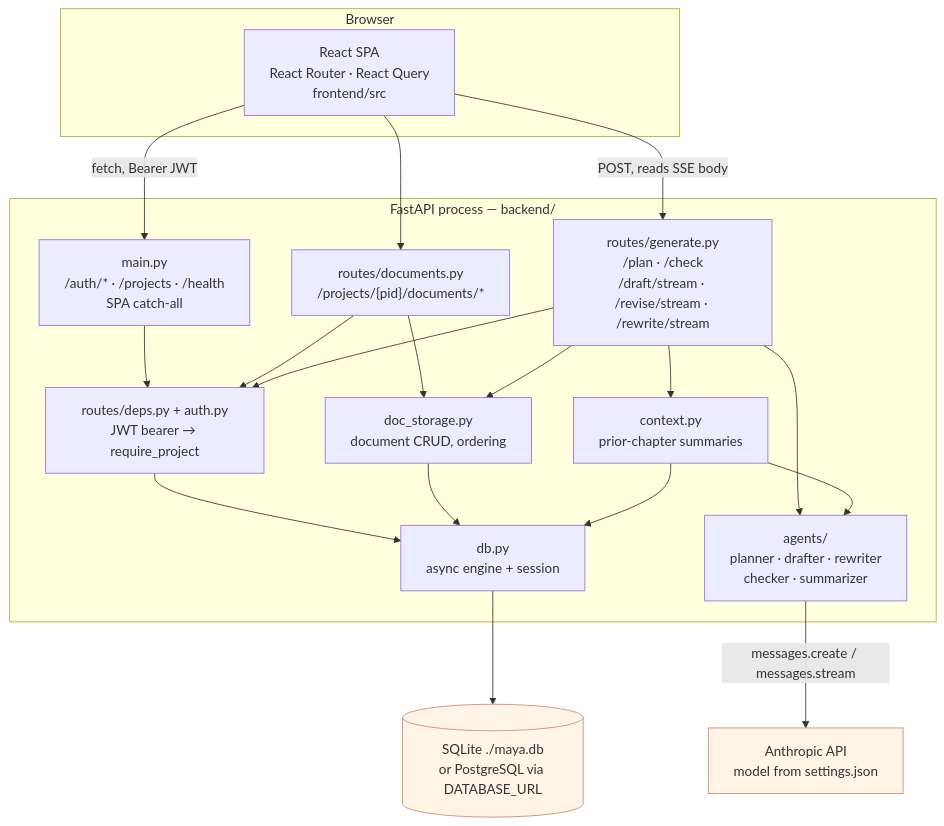
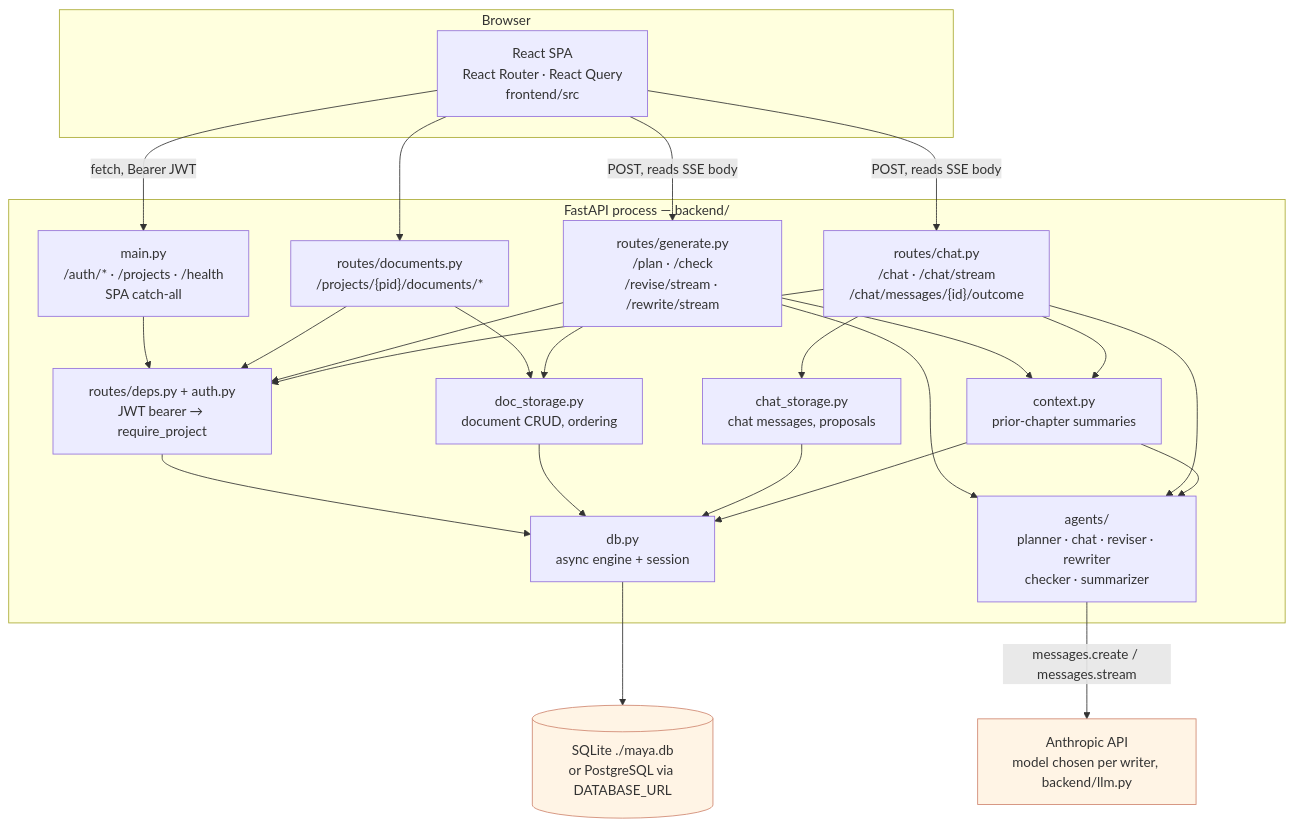
The first of 2 diagrams in docs/diagrams/01-system-overview.md (Akazz-L/maya), drawn with Mermaid before and after one commit. The commit also changed other lines of this file and 52 other files, not shown here.

First line of the commit message:
feat: optional planning with a per-chapter chat that drafts and edits (#15)

````diff
--- a/docs/diagrams/01-system-overview.md
+++ b/docs/diagrams/01-system-overview.md
@@ -6,41 +6,49 @@
 ```mermaid
 graph TB
     subgraph browser["Browser"]
         SPA["React SPA<br/>React Router · React Query<br/>frontend/src"]
     end
 
     subgraph server["FastAPI process — backend/"]
         MAIN["main.py<br/>/auth/* · /projects · /health<br/>SPA catch-all"]
         DOCS["routes/documents.py<br/>/projects/{pid}/documents/*"]
-        GEN["routes/generate.py<br/>/plan · /check<br/>/draft/stream · /revise/stream · /rewrite/stream"]
+        GEN["routes/generate.py<br/>/plan · /check<br/>/revise/stream · /rewrite/stream"]
+        CHAT["routes/chat.py<br/>/chat · /chat/stream<br/>/chat/messages/{id}/outcome"]
         DEPS["routes/deps.py + auth.py<br/>JWT bearer → require_project"]
         STORE["doc_storage.py<br/>document CRUD, ordering"]
+        CSTORE["chat_storage.py<br/>chat messages, proposals"]
         CTX["context.py<br/>prior-chapter summaries"]
-        AGENTS["agents/<br/>planner · drafter · rewriter<br/>checker · summarizer"]
+        AGENTS["agents/<br/>planner · chat · reviser · rewriter<br/>checker · summarizer"]
         DB["db.py<br/>async engine + session"]
     end
 
-    ANTHROPIC["Anthropic API<br/>model from settings.json"]
+    ANTHROPIC["Anthropic API<br/>model chosen per writer, backend/llm.py"]
     SQL[("SQLite ./maya.db<br/>or PostgreSQL via DATABASE_URL")]
 
     SPA -->|"fetch, Bearer JWT"| MAIN
     SPA --> DOCS
     SPA -->|"POST, reads SSE body"| GEN
+    SPA -->|"POST, reads SSE body"| CHAT
 
     MAIN --> DEPS
     DOCS --> DEPS
     GEN --> DEPS
+    CHAT --> DEPS
     DOCS --> STORE
     GEN --> STORE
     GEN --> CTX
     GEN --> AGENTS
+    CHAT --> CSTORE
+    CHAT --> CTX
+    CHAT --> AGENTS
     CTX --> AGENTS
     AGENTS -->|"messages.create / messages.stream"| ANTHROPIC
     DEPS --> DB
     STORE --> DB
+    CSTORE --> DB
     CTX --> DB
     DB --> SQL
 
     classDef ext fill:#fff4e5,stroke:#d08770
     class ANTHROPIC,SQL ext
 ```
````
